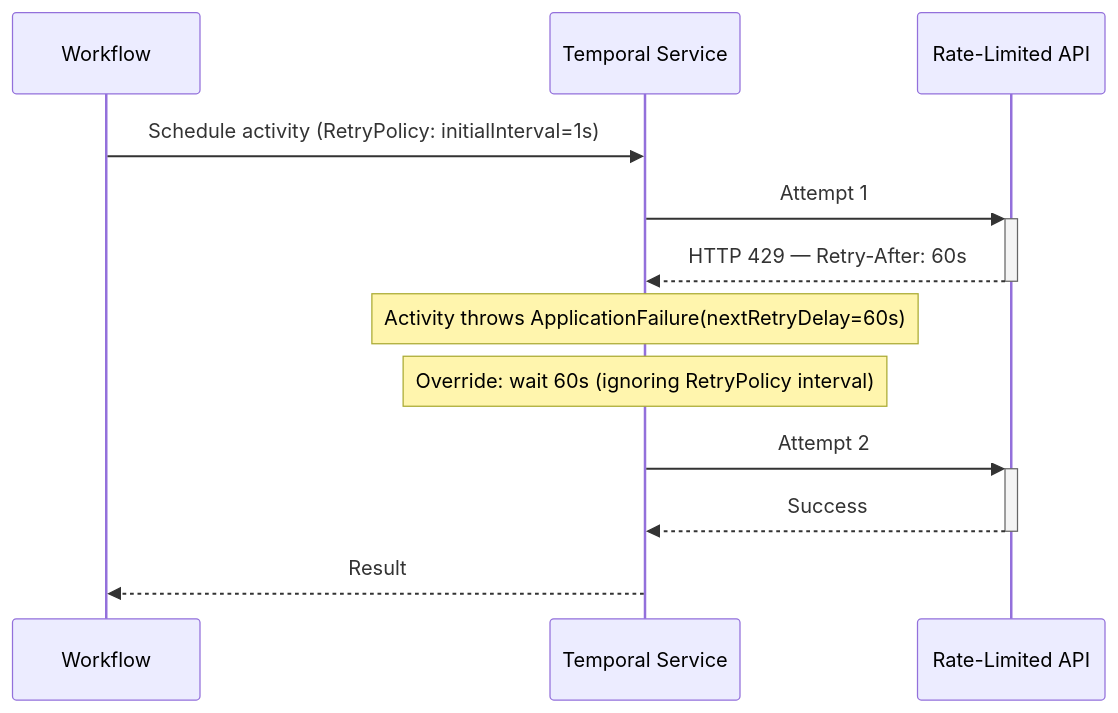
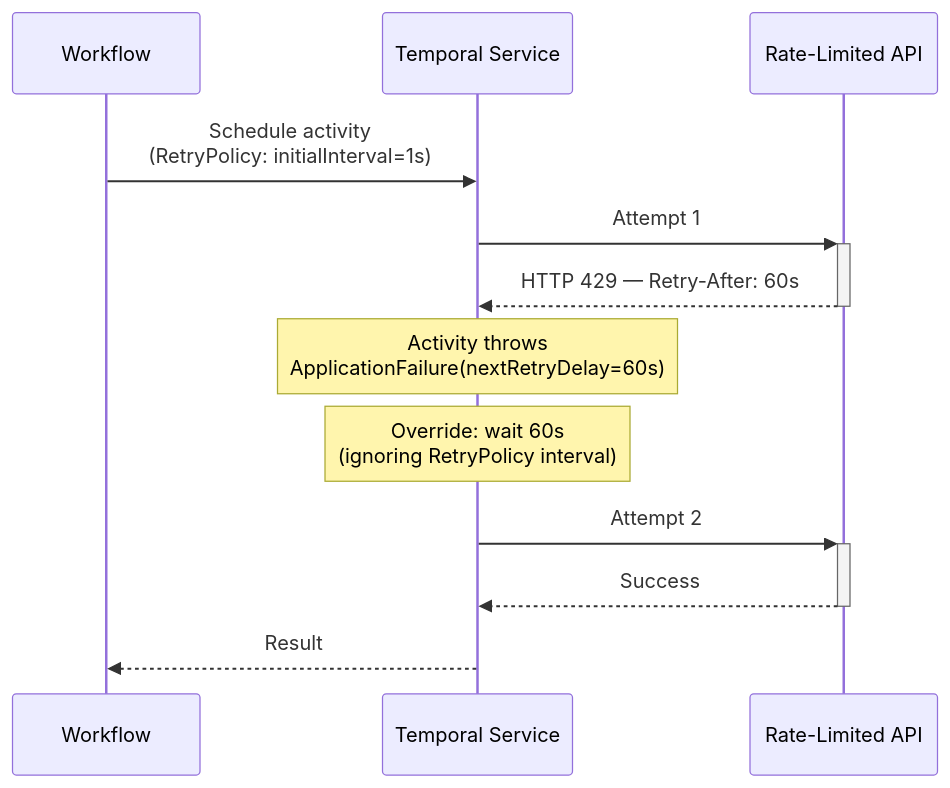
The diagram in docs/design-patterns/delayed-retry.mdx (temporalio/documentation), drawn with Mermaid before and after one commit. The commit also changed 15 other files, not shown here.

First line of the commit message:
Refactor Mermaid diagrams for improved clarity and consistency across documentation

````diff
--- a/docs/design-patterns/delayed-retry.mdx
+++ b/docs/design-patterns/delayed-retry.mdx
@@ -38,15 +38,15 @@
 ```mermaid
 sequenceDiagram
     participant Workflow
     participant Temporal as Temporal Service
     participant API as Rate-Limited API
 
-    Workflow->>Temporal: Schedule activity (RetryPolicy: initialInterval=1s)
+    Workflow->>Temporal: Schedule activity<br/>(RetryPolicy: initialInterval=1s)
     Temporal->>+API: Attempt 1
     API-->>-Temporal: HTTP 429 — Retry-After: 60s
-    Note over Temporal: Activity throws ApplicationFailure(nextRetryDelay=60s)
-    Note over Temporal: Override: wait 60s (ignoring RetryPolicy interval)
+    Note over Temporal: Activity throws<br/>ApplicationFailure(nextRetryDelay=60s)
+    Note over Temporal: Override: wait 60s<br/>(ignoring RetryPolicy interval)
     Temporal->>+API: Attempt 2
     API-->>-Temporal: Success
     Temporal-->>Workflow: Result
 ```
````
